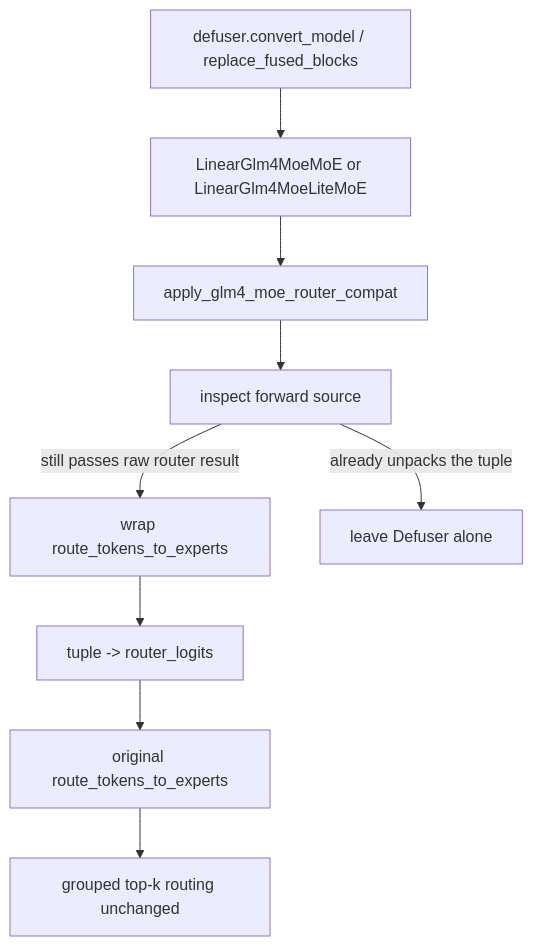
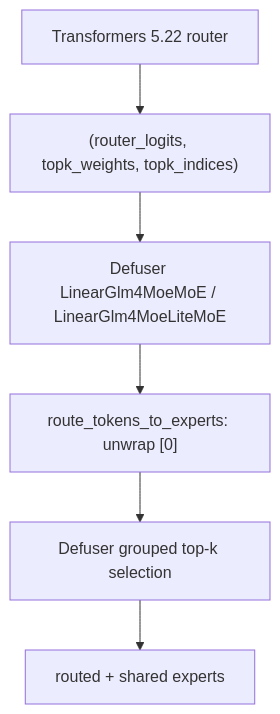
The fifth of 8 diagrams in docs/transformers-5-compat.md (ModelCloud/GPTQModel), drawn with Mermaid before and after one commit. The commit also changed other lines of this file and 10 other files, not shown here.

First line of the commit message:
deps(defuser): require 0.0.31 for GLM-4.x router tuple

````diff
--- a/docs/transformers-5-compat.md
+++ b/docs/transformers-5-compat.md
@@ -230,11 +235,8 @@
 ```mermaid
 flowchart TD
-    A["defuser.convert_model / replace_fused_blocks"] --> B["LinearGlm4MoeMoE or LinearGlm4MoeLiteMoE"]
-    B --> C["apply_glm4_moe_router_compat"]
-    C --> D["inspect forward source"]
-    D -->|"still passes raw router result"| E["wrap route_tokens_to_experts"]
-    D -->|"already unpacks the tuple"| F["leave Defuser alone"]
-    E --> G["tuple -> router_logits"]
-    G --> H["original route_tokens_to_experts"]
-    H --> I["grouped top-k routing unchanged"]
+    A["Transformers 5.22 router"] --> B["(router_logits, topk_weights, topk_indices)"]
+    B --> C["Defuser LinearGlm4MoeMoE / LinearGlm4MoeLiteMoE"]
+    C --> D["route_tokens_to_experts: unwrap [0]"]
+    D --> E["Defuser grouped top-k selection"]
+    E --> F["routed + shared experts"]
 ```
````
